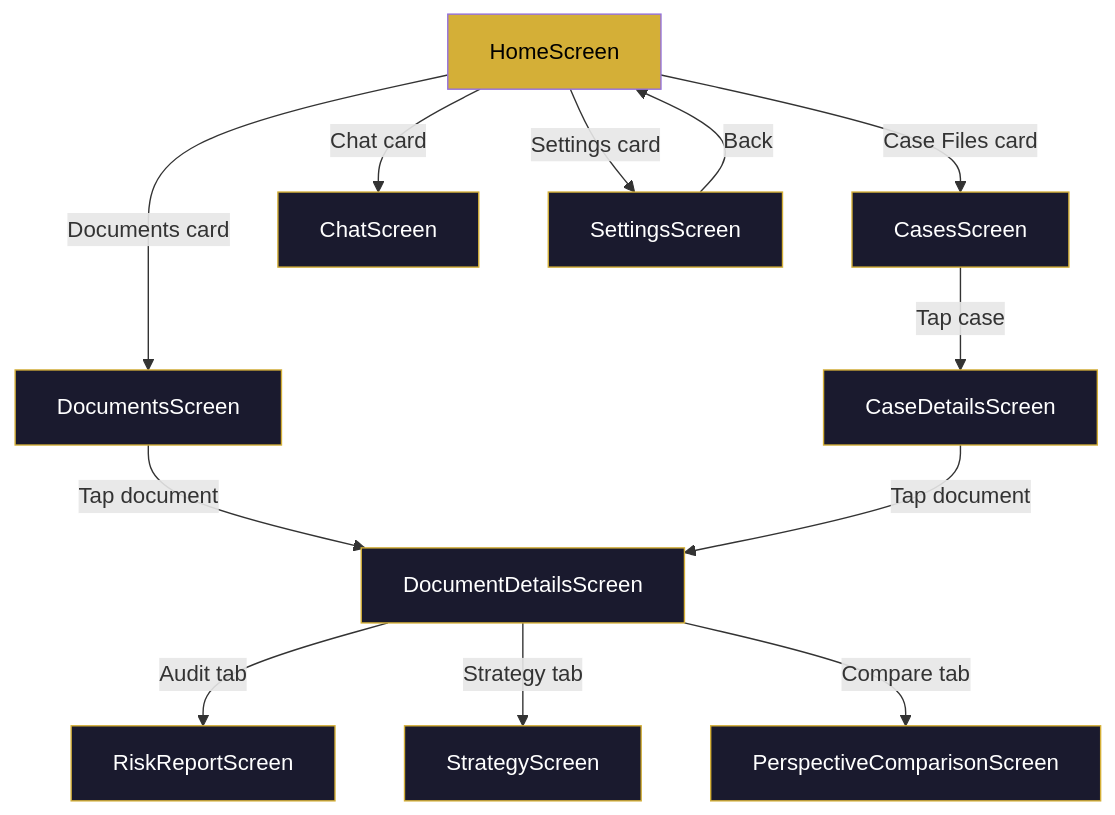
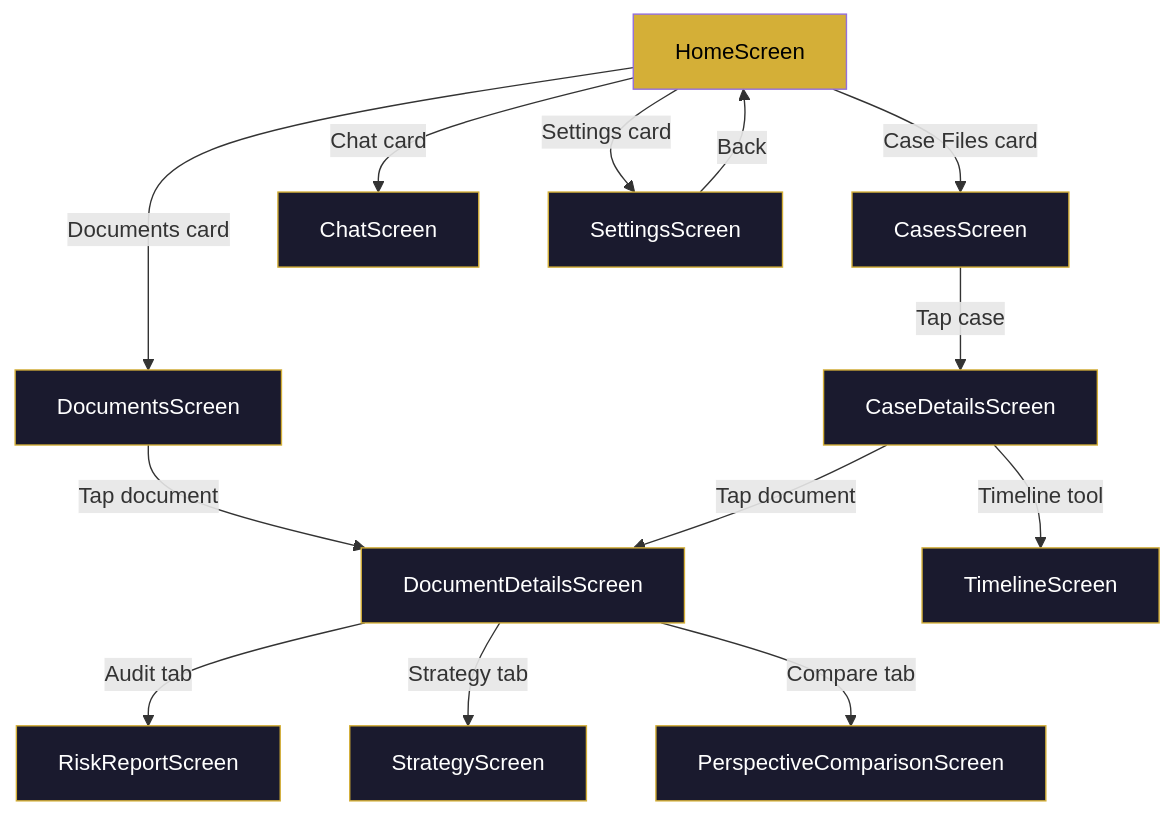
One commit to Nani040905/mobile-legal-ai-assistant changed the first of 5 diagrams in docs/02-app-screens.md. Above: the diagram before and after it, drawn with Mermaid. The commit also changed other lines of this file and 3 other files, not shown here.

Commit message:
Docs: Update architecture documentation for Phase 19 Timeline Generator

````diff
--- a/docs/02-app-screens.md
+++ b/docs/02-app-screens.md
@@ -5,25 +5,27 @@
 ```mermaid
 graph TD
     HOME["HomeScreen"] -->|"Case Files card"| CASES["CasesScreen"]
     HOME -->|"Chat card"| CHAT["ChatScreen"]
     HOME -->|"Documents card"| DOCS["DocumentsScreen"]
     HOME -->|"Settings card"| SETTINGS["SettingsScreen"]
     CASES -->|"Tap case"| CASEDETAILS["CaseDetailsScreen"]
     DOCS -->|"Tap document"| DETAILS["DocumentDetailsScreen"]
     CASEDETAILS -->|"Tap document"| DETAILS
+    CASEDETAILS -->|"Timeline tool"| TIMELINE["TimelineScreen"]
     DETAILS -->|"Audit tab"| RISK["RiskReportScreen"]
     DETAILS -->|"Strategy tab"| STRATEGY["StrategyScreen"]
     DETAILS -->|"Compare tab"| COMPARE["PerspectiveComparisonScreen"]
     SETTINGS -->|"Back"| HOME
 
     style HOME fill:#d4af37,color:#000
     style CASES fill:#1a1a2e,color:#fff,stroke:#d4af37
     style CASEDETAILS fill:#1a1a2e,color:#fff,stroke:#d4af37
     style CHAT fill:#1a1a2e,color:#fff,stroke:#d4af37
     style DOCS fill:#1a1a2e,color:#fff,stroke:#d4af37
     style SETTINGS fill:#1a1a2e,color:#fff,stroke:#d4af37
     style DETAILS fill:#1a1a2e,color:#fff,stroke:#d4af37
     style RISK fill:#1a1a2e,color:#fff,stroke:#d4af37
     style STRATEGY fill:#1a1a2e,color:#fff,stroke:#d4af37
     style COMPARE fill:#1a1a2e,color:#fff,stroke:#d4af37
+    style TIMELINE fill:#1a1a2e,color:#fff,stroke:#d4af37
 ```
````
